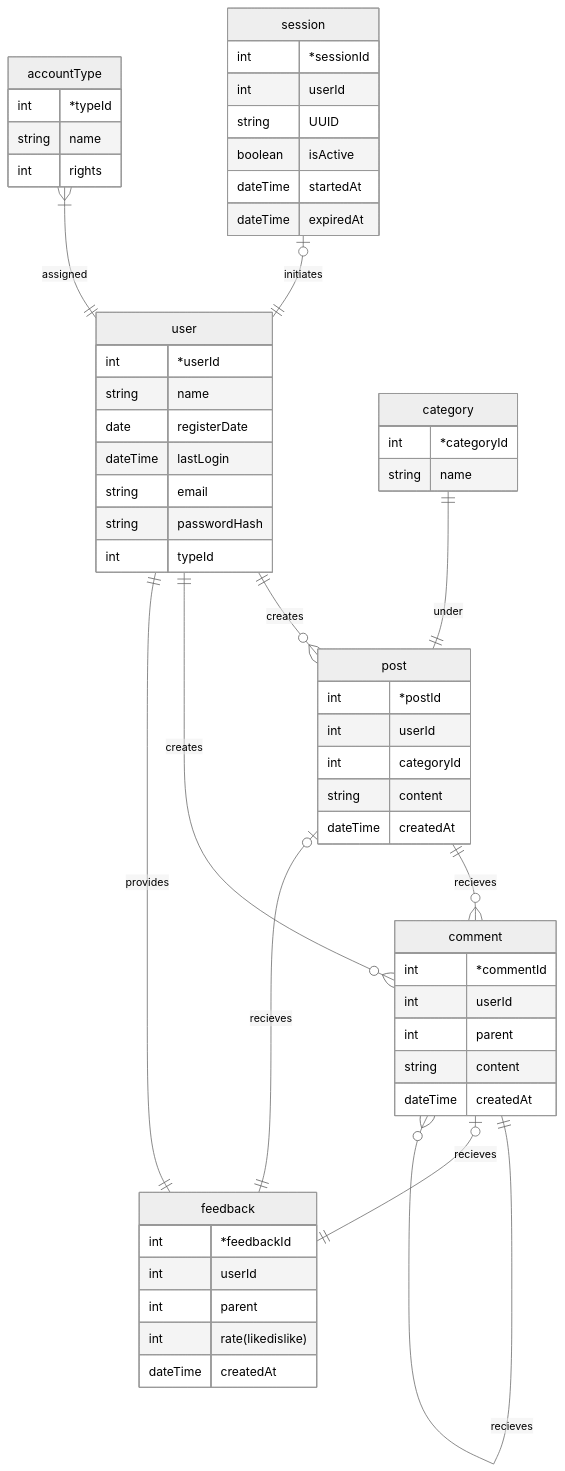
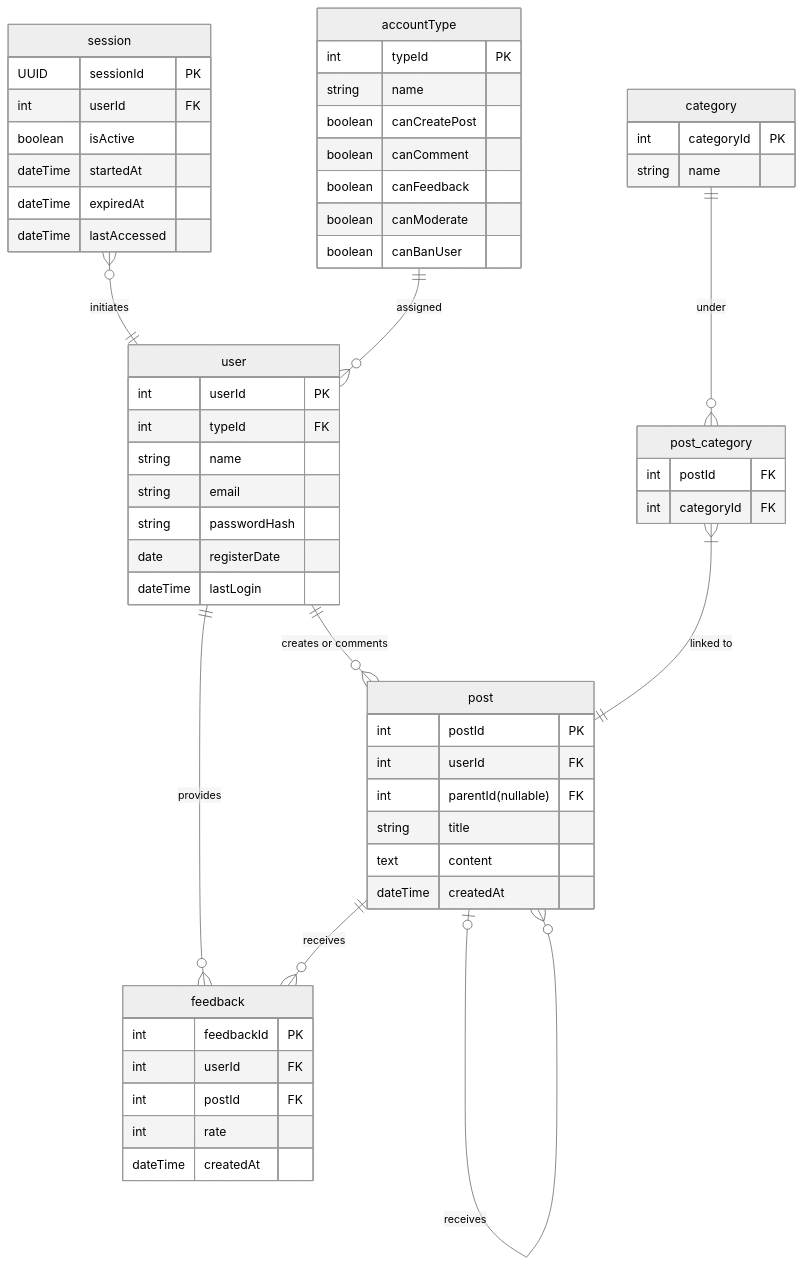
The diagram in README.md (AllenLeeyn/forum), drawn with Mermaid (neutral theme) before and after one commit. The commit also changed other lines of this file, not shown here.

````diff
--- a/README.md
+++ b/README.md
@@ -1,66 +30,66 @@
 ```mermaid
 erDiagram
     user{
-        int         *userId
+        int         userId PK
+        int         typeId FK
         string      name
+        string      email
+        string      passwordHash
         date        registerDate
         dateTime    lastLogin
-        string      email
-        string      passwordHash
-        int         typeId
     }
 
     post{
-        int         *postId
-        int         userId
-        int         categoryId
-        string      content
-        dateTime    createdAt
-    }
-
-    comment{
-        int         *commentId
-        int         userId
-        int         parent
-        string      content
+        int         postId PK
+        int         userId FK
+        int         parentId(nullable) FK
+        string      title
+        text        content
         dateTime    createdAt
     }
 
     feedback{
-        int         *feedbackId
-        int         userId
-        int         parent
-        int         rate(likedislike)
+        int         feedbackId PK
+        int         userId FK
+        int         postId FK
+        int         rate
         dateTime    createdAt
     }
  
     category{
-        int         *categoryId
+        int         categoryId PK
         string      name
     }
 
+    post_category{
+        int         postId FK
+        int         categoryId FK
+    }
+
     accountType{
-        int         *typeId
+        int         typeId PK
         string      name
-        int         rights
+        boolean     canCreatePost
+        boolean     canComment
+        boolean     canFeedback
+        boolean     canModerate
+        boolean     canBanUser
     }
     session{
-        int         *sessionId
-        int         userId
-        string      UUID
+        UUID        sessionId PK
+        int         userId FK
         boolean     isActive
         dateTime    startedAt
         dateTime    expiredAt
+        dateTime    lastAccessed
     }
 
-    session |o--|| user : "initiates"
-    accountType }|--|| user : "assigned"
-    user ||--o{ post : "creates"
-    user ||--o{ comment : "creates"
-    user ||--|| feedback : "provides"
-    category ||--|| post : "under"
-    post ||--o{ comment : "recieves"
-    comment ||--o{ comment : "recieves"
-    comment |o--|| feedback : "recieves"
-    post |o--|| feedback : "recieves"
+    session }o--|| user : "initiates"
+    accountType ||--o{ user : "assigned"
+    user ||--o{ post : "creates or comments"
+    user ||--o{ feedback : "provides"
+    category ||--o{ post_category : "under"
+    post_category }|--|| post : "linked to"
+    post |o--o{ post : "receives"
+    post ||--o{ feedback : "receives"
 ```
````
